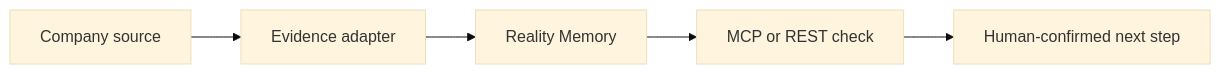
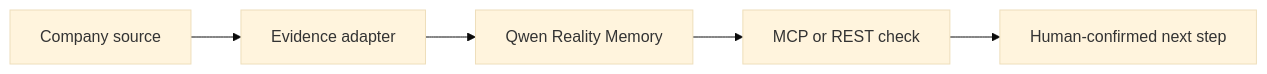
Before and after one commit to BoBbY-dev-0099/company-brain: the diagram in CONNECT.md, drawn with Mermaid (base theme). The commit also changed other lines of this file and 7 other files, not shown here.

````diff
--- a/CONNECT.md
+++ b/CONNECT.md
@@ -5,7 +7,7 @@
-```mermaid
+~~~mermaid
 flowchart LR
   S["Company source"] --> E["Evidence adapter"]
-  E --> M["Reality Memory"]
+  E --> M["Qwen Reality Memory"]
   M --> C["MCP or REST check"]
   C --> H["Human-confirmed next step"]
-```
+~~~
````
